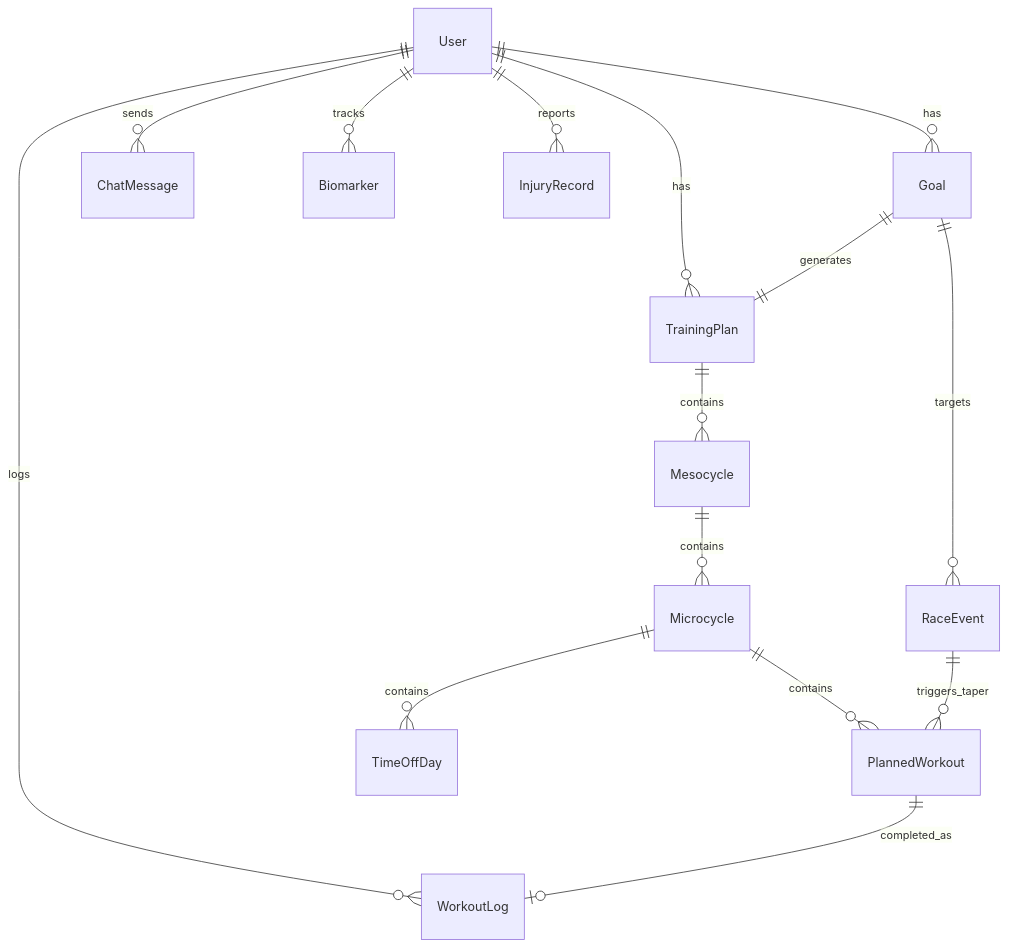
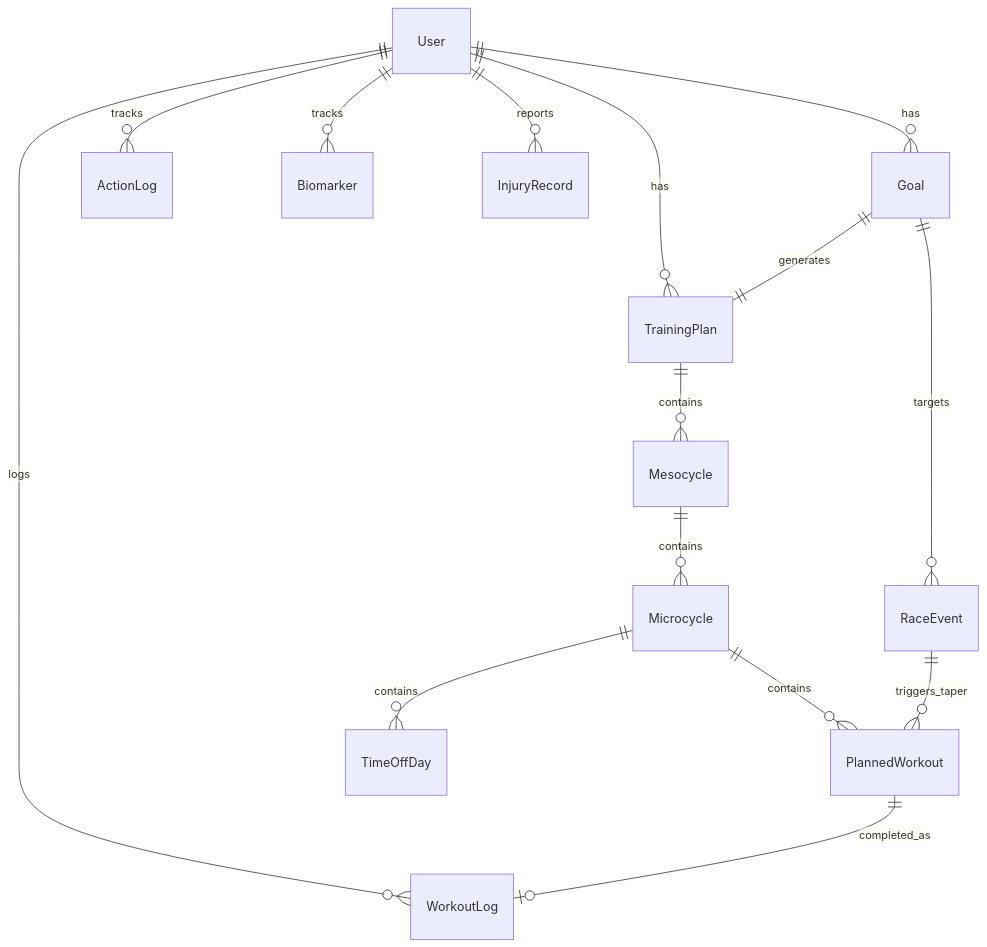
Before and after one commit to rooshimadethis/ash-trainer: the first of 4 diagrams in docs/architecture/data_models.md, drawn with Mermaid. The commit also changed other lines of this file and 2 other files, not shown here.

````diff
--- a/docs/architecture/data_models.md
+++ b/docs/architecture/data_models.md
@@ -18,21 +18,21 @@
 ```mermaid
 erDiagram
     User ||--o{ Goal : has
     User ||--o{ TrainingPlan : has
     User ||--o{ WorkoutLog : logs
-    User ||--o{ ChatMessage : sends
+    User ||--o{ ActionLog : tracks
     User ||--o{ Biomarker : tracks
     User ||--o{ InjuryRecord : reports
     
     Goal ||--|| TrainingPlan : generates
     Goal ||--o{ RaceEvent : targets
     
     TrainingPlan ||--o{ Mesocycle : contains
     Mesocycle ||--o{ Microcycle : contains
     Microcycle ||--o{ PlannedWorkout : contains
     Microcycle ||--o{ TimeOffDay : contains
     
     PlannedWorkout ||--o| WorkoutLog : completed_as
     
     RaceEvent ||--o{ PlannedWorkout : triggers_taper
 ```
````
